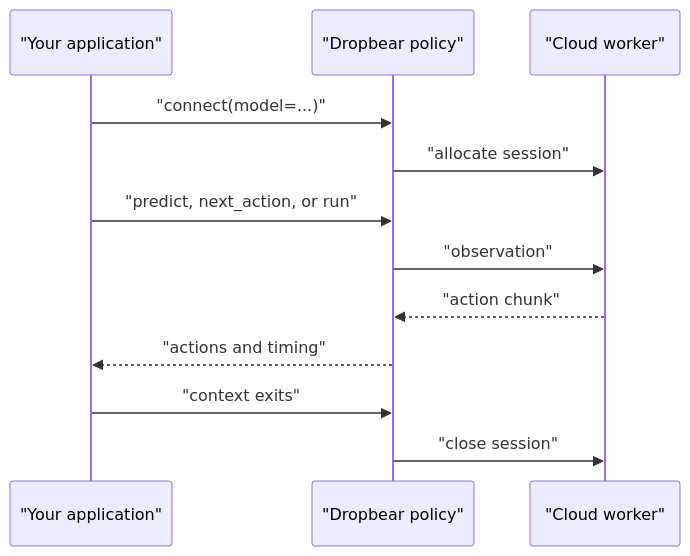
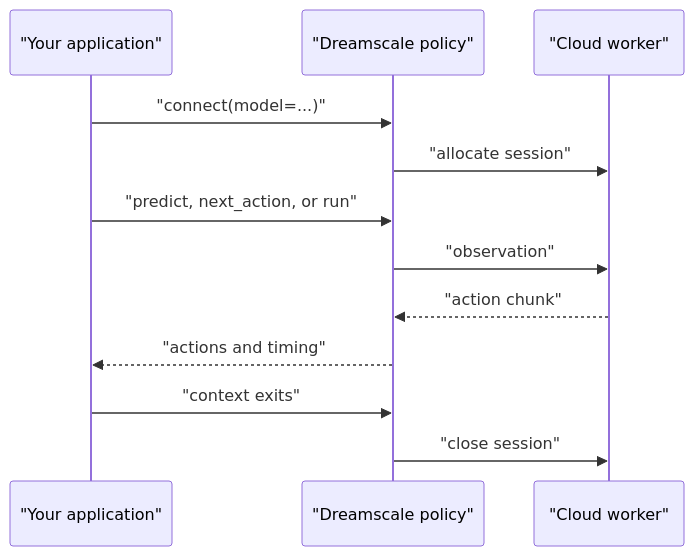
Before and after one commit to Dreamscale-Labs/docs: the diagram in sdk/overview.mdx, drawn with Mermaid. The commit also changed other lines of this file and 22 other files, not shown here.

````diff
--- a/sdk/overview.mdx
+++ b/sdk/overview.mdx
@@ -10,14 +10,14 @@
 ```mermaid
 sequenceDiagram
   participant App as "Your application"
-  participant SDK as "Dropbear policy"
+  participant SDK as "Dreamscale policy"
   participant Cloud as "Cloud worker"
   App->>SDK: "connect(model=...)"
   SDK->>Cloud: "allocate session"
   App->>SDK: "predict, next_action, or run"
   SDK->>Cloud: "observation"
   Cloud-->>SDK: "action chunk"
   SDK-->>App: "actions and timing"
   App->>SDK: "context exits"
   SDK->>Cloud: "close session"
 ```
````
